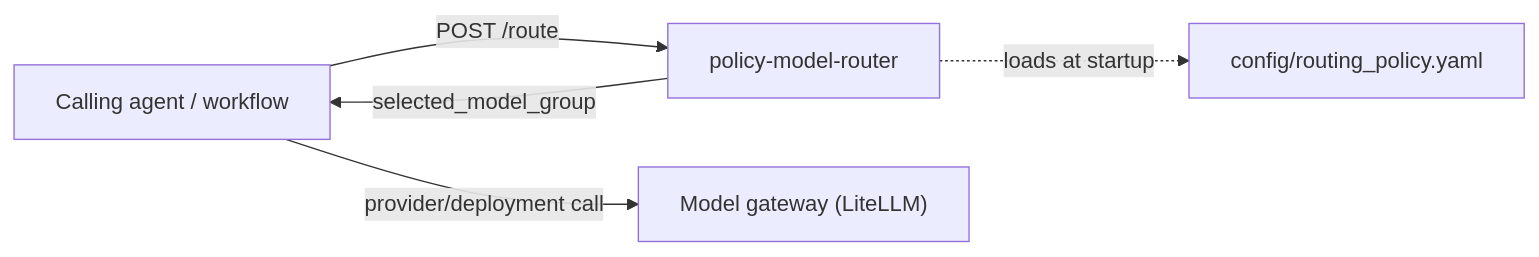
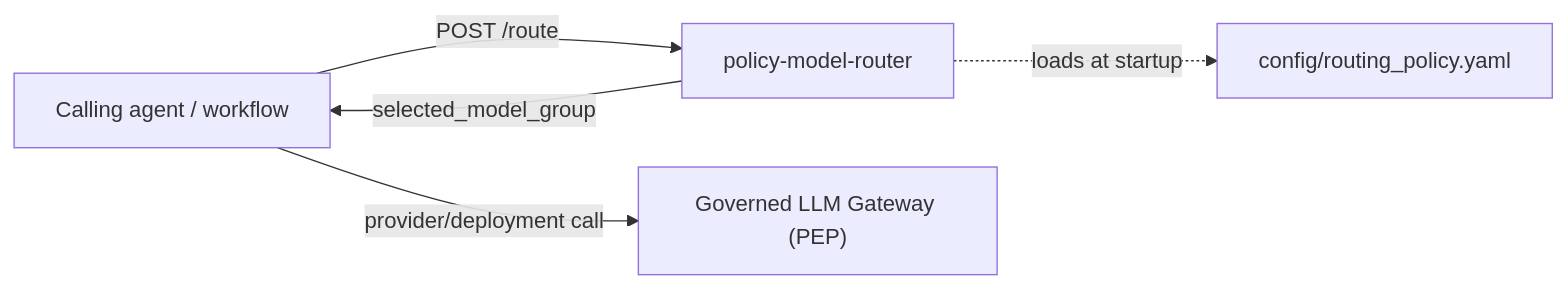
The first of 2 diagrams in docs/ARCHITECTURE.md (brunovicco/policy-model-router), drawn with Mermaid before and after one commit. The commit also changed other lines of this file and 3 other files, not shown here.

````diff
--- a/docs/ARCHITECTURE.md
+++ b/docs/ARCHITECTURE.md
@@ -11,7 +13,7 @@
 ```mermaid
 flowchart LR
     Agent["Calling agent / workflow"] -->|"POST /route"| Router["policy-model-router"]
     Router -->|"selected_model_group"| Agent
-    Agent -->|"provider/deployment call"| Gateway["Model gateway (LiteLLM)"]
+    Agent -->|"provider/deployment call"| Gateway["Governed LLM Gateway (PEP)"]
     Router -.->|"loads at startup"| Policy["config/routing_policy.yaml"]
 ```
````
